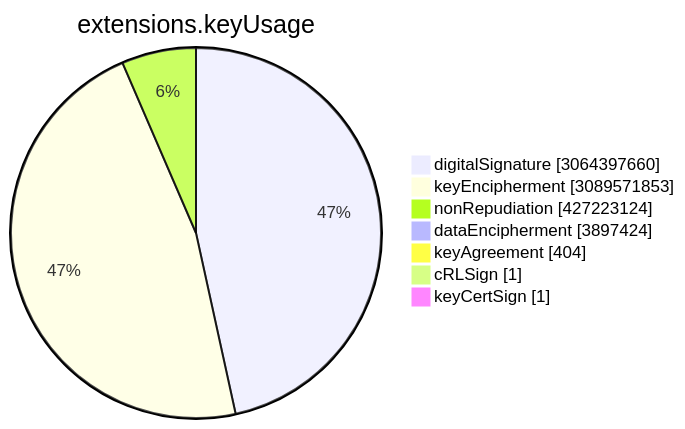
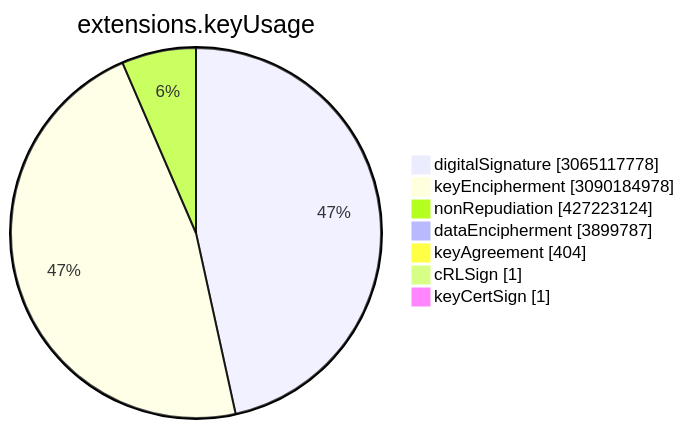
Before and after one commit to christiankrug/ctmonitor_visualization: the sixth of 15 diagrams in TOTAL/README.md, drawn with Mermaid. The commit also changed other lines of this file, not shown here.

````diff
--- a/TOTAL/README.md
+++ b/TOTAL/README.md
@@ -3077,11 +3077,11 @@
 ```mermaid
 pie showData
 title extensions.keyUsage
-"digitalSignature" :3064397660
-"keyEncipherment" :3089571853
+"digitalSignature" :3065117778
+"keyEncipherment" :3090184978
 "nonRepudiation" :427223124
-"dataEncipherment" :3897424
+"dataEncipherment" :3899787
 "keyAgreement" :404
 "cRLSign" :1
 "keyCertSign" :1
 ```
````
